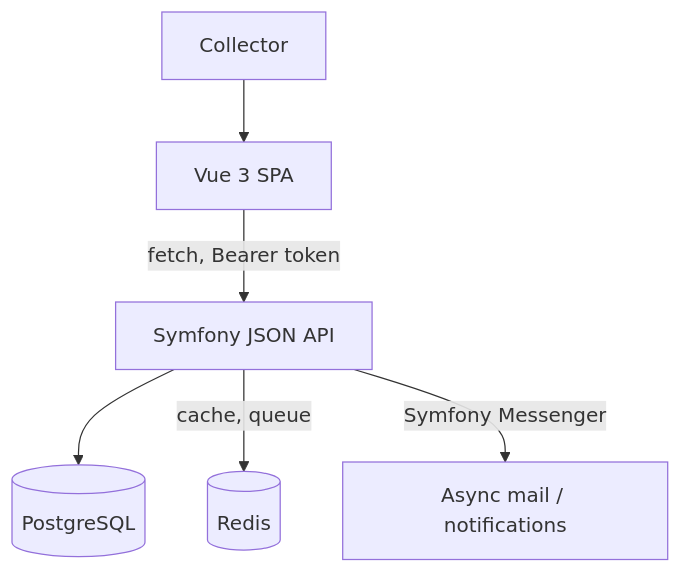
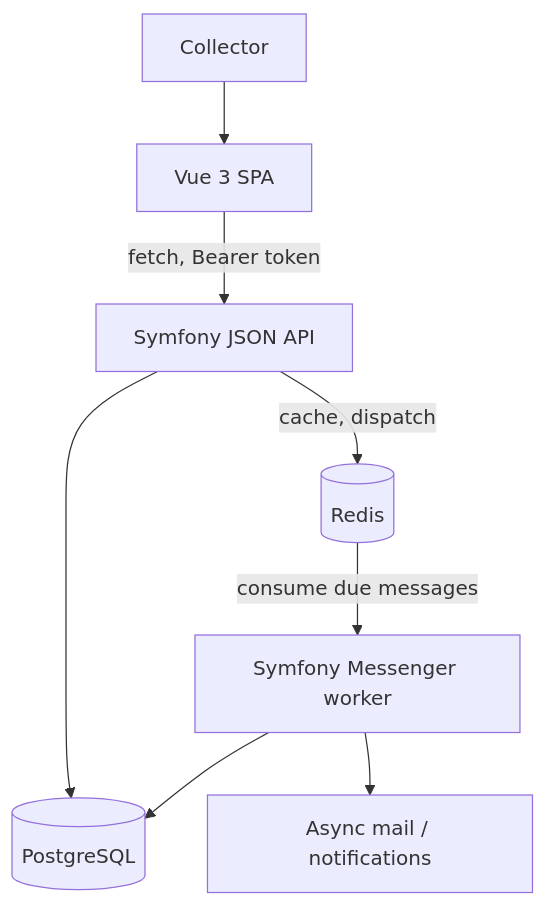
The first of 5 diagrams in docs/architecture.md (Jelmer-Ketelaar/CardNest), drawn with Mermaid before and after one commit. The commit also changed other lines of this file and 65 other files, not shown here.

````diff
--- a/docs/architecture.md
+++ b/docs/architecture.md
@@ -9,15 +9,18 @@
 ```mermaid
 flowchart TD
     Collector[Collector]
     SPA[Vue 3 SPA]
     API[Symfony JSON API]
+    Worker[Symfony Messenger worker]
     Postgres[(PostgreSQL)]
     Redis[(Redis)]
     Mail[Async mail / notifications]
 
     Collector --> SPA
     SPA -->|"fetch, Bearer token"| API
     API --> Postgres
-    API -->|cache, queue| Redis
-    API -->|Symfony Messenger| Mail
+    API -->|cache, dispatch| Redis
+    Redis -->|consume due messages| Worker
+    Worker --> Postgres
+    Worker --> Mail
 ```
````
